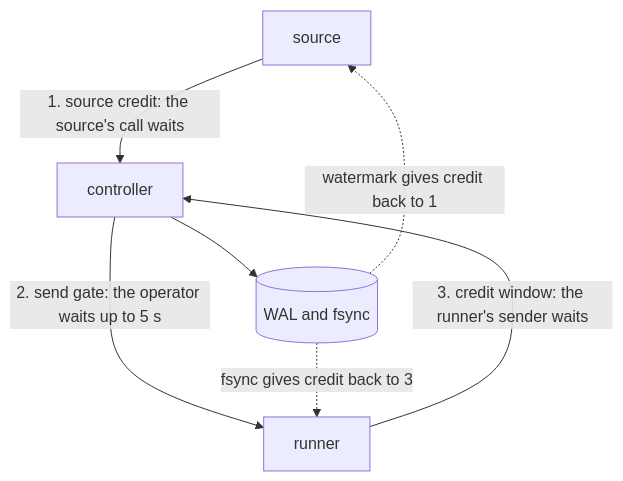
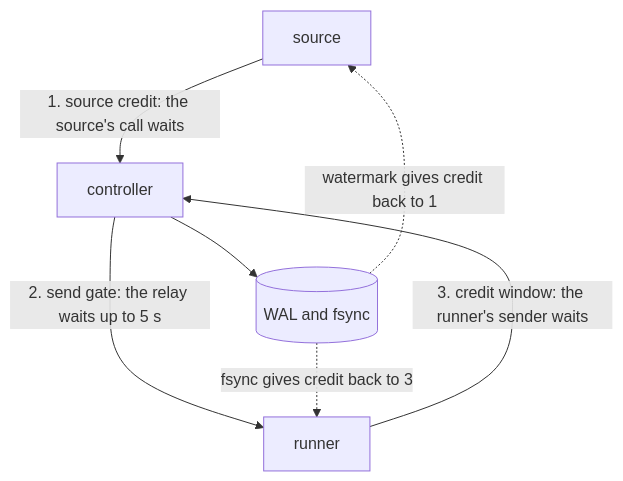
Before and after one commit to Flezha/flezha: the seventh of 10 diagrams in docs/architecture/kernel.md, drawn with Mermaid. The commit also changed other lines of this file and 1198 other files, not shown here.

First line of the commit message:
Call the unit a relay instead of an operator

````diff
--- a/docs/architecture/kernel.md
+++ b/docs/architecture/kernel.md
@@ -467,9 +467,9 @@
 ```mermaid
 flowchart TB
     S["source"] -->|"1. source credit: the source's call waits"| C["controller"]
-    C -->|"2. send gate: the operator waits up to 5 s"| R["runner"]
+    C -->|"2. send gate: the relay waits up to 5 s"| R["runner"]
     R -->|"3. credit window: the runner's sender waits"| C
     C --> D[("WAL and fsync")]
     D -.->|"fsync gives credit back to 3"| R
     D -.->|"watermark gives credit back to 1"| S
 ```
````
